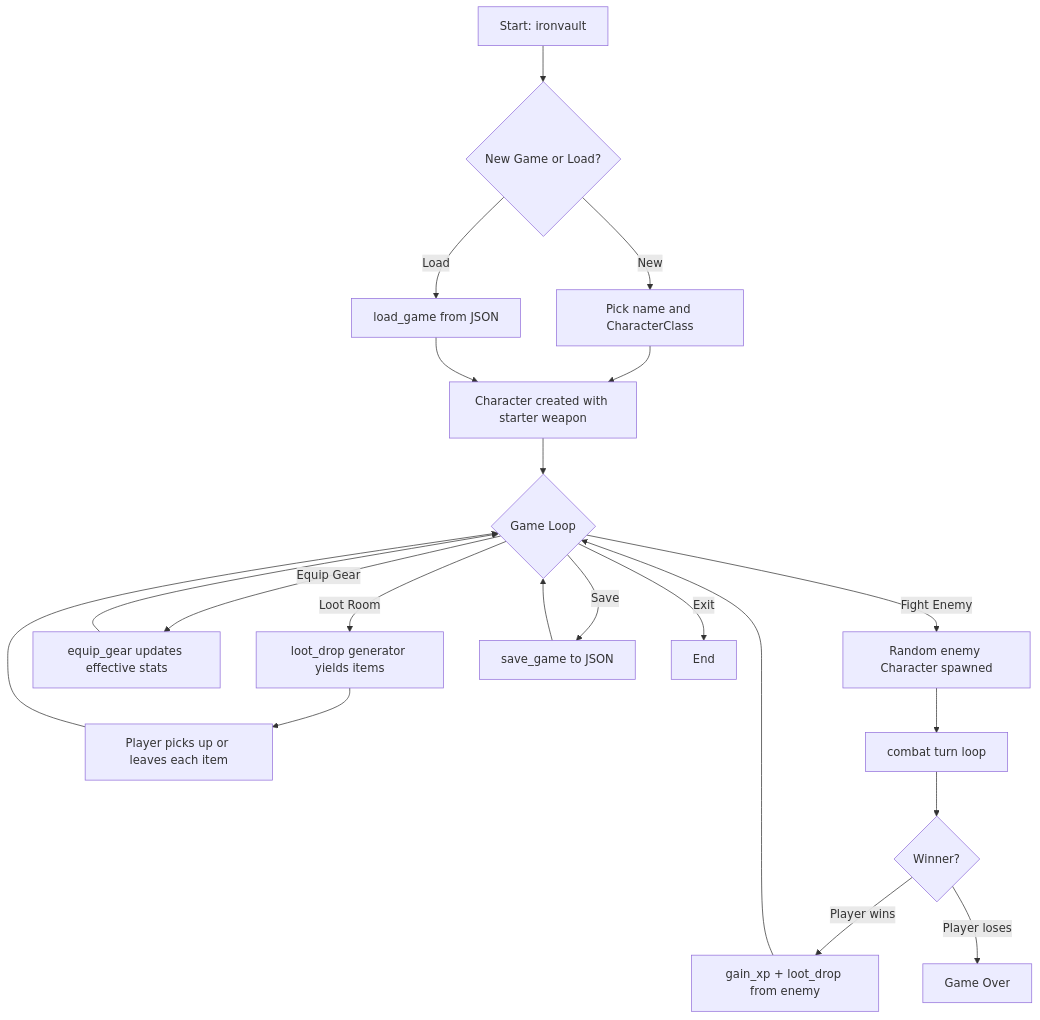
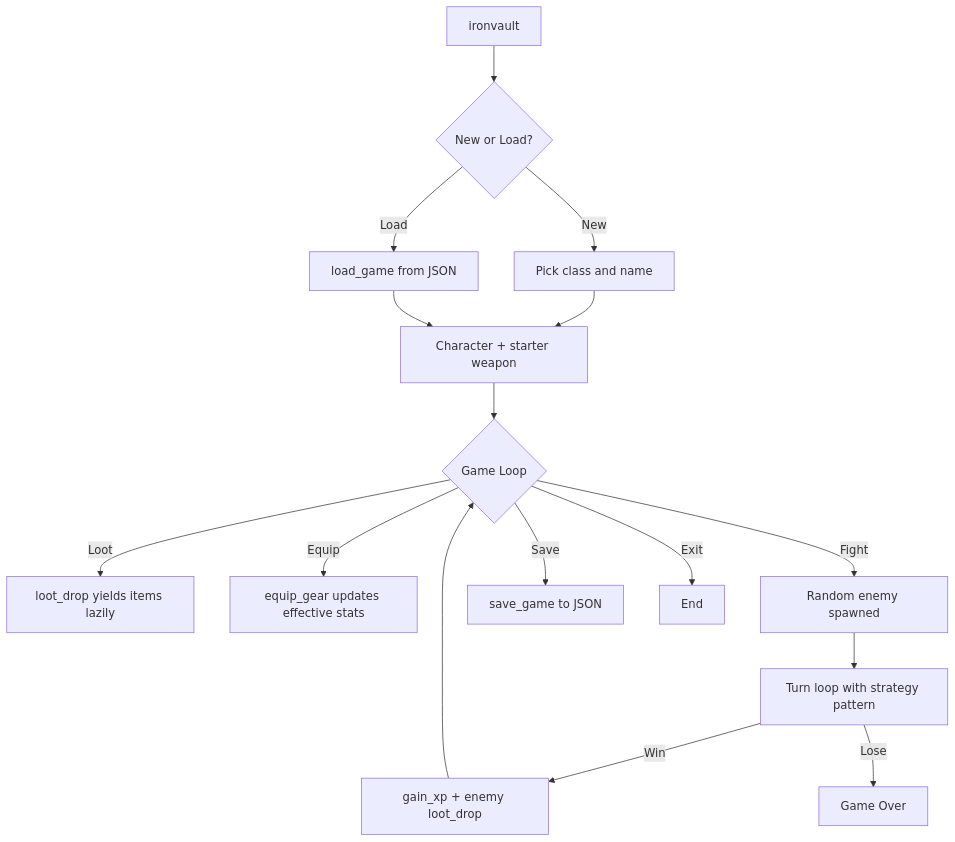
Before and after one commit to Rohitchandramouli/ironvault: the third of 3 diagrams in README.md, drawn with Mermaid. The commit also changed other lines of this file and 4 other files, not shown here.

````diff
--- a/README.md
+++ b/README.md
@@ -188,23 +146,18 @@
 ```mermaid
 flowchart TD
-    A[Start: ironvault] --> B{New Game or Load?}
-    B -->|New| C[Pick name and CharacterClass]
+    A[ironvault] --> B{New or Load?}
+    B -->|New| C[Pick class and name]
     B -->|Load| D[load_game from JSON]
-    C --> E[Character created with starter weapon]
+    C --> E[Character + starter weapon]
     D --> E
     E --> F{Game Loop}
-    F -->|Loot Room| G[loot_drop generator yields items]
-    G --> H[Player picks up or leaves each item]
-    H --> F
-    F -->|Equip Gear| I[equip_gear updates effective stats]
-    I --> F
-    F -->|Fight Enemy| J[Random enemy Character spawned]
-    J --> K[combat turn loop]
-    K --> L{Winner?}
-    L -->|Player wins| M[gain_xp + loot_drop from enemy]
-    M --> F
-    L -->|Player loses| N[Game Over]
-    F -->|Save| O[save_game to JSON]
-    O --> F
-    F -->|Exit| P[End]
+    F -->|Loot| G[loot_drop yields items lazily]
+    F -->|Equip| H[equip_gear updates effective stats]
+    F -->|Fight| I[Random enemy spawned]
+    I --> J[Turn loop with strategy pattern]
+    J -->|Win| K[gain_xp + enemy loot_drop]
+    K --> F
+    J -->|Lose| L[Game Over]
+    F -->|Save| M[save_game to JSON]
+    F -->|Exit| N[End]
 ```
````
